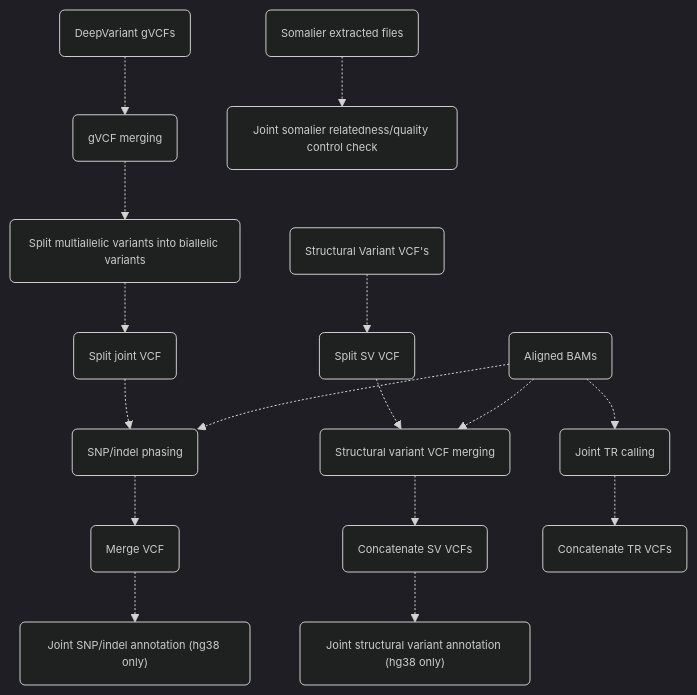
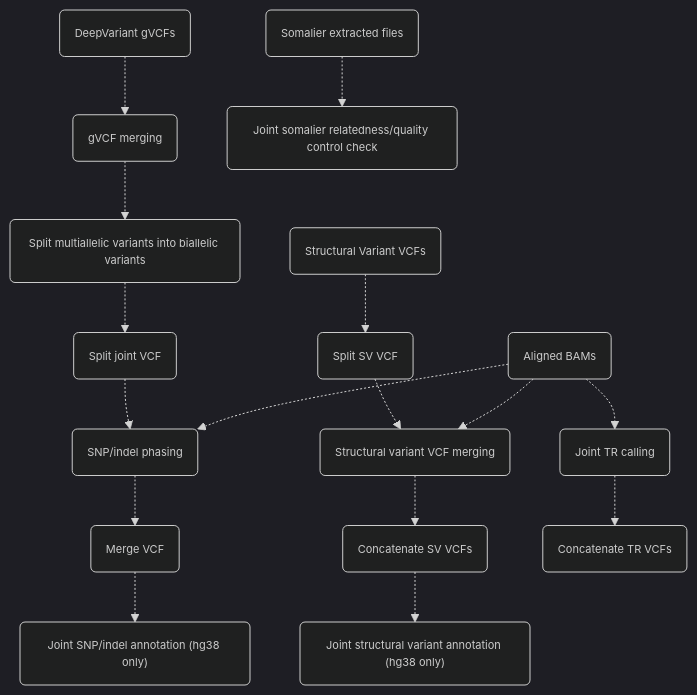
Before and after one commit to leahkemp/pipeface: the diagram in docs/popface/info.md, drawn with Mermaid. The commit also changed 8 other files, not shown here.

````diff
--- a/docs/popface/info.md
+++ b/docs/popface/info.md
@@ -5,30 +5,30 @@
 ```mermaid
 %%{init:{'theme':'dark','themeVariables':{'fontSize':'11px'}}}%%
 flowchart TB
 
 input_gvcf("DeepVariant gVCFs")
 input_bam("Aligned BAMs")
-input_svs("Structural Variant VCF's")
+input_svs("Structural Variant VCFs")
 gvcf_merging("gVCF merging")
 joint_split_multiallele("Split multiallelic variants into biallelic variants")
 split_vcf("Split joint VCF")
 snp_indel_phasing("SNP/indel phasing")
 merge_vcf("Merge VCF")
 joint_snp_indel_annotation("Joint SNP/indel annotation (hg38 only)")
 split_sv_vcf("Split SV VCF")
 sv_vcf_merging("Structural variant VCF merging")
 concat_sv_vcf("Concatenate SV VCFs")
 joint_sv_annotation("Joint structural variant annotation (hg38 only)")
 joint_tr_calling("Joint TR calling")
 concat_tr_vcf("Concatenate TR VCFs")
 input_somalier("Somalier extracted files")
 joint_somalier("Joint somalier relatedness/quality control check")
 
 input_gvcf-.->gvcf_merging-.->joint_split_multiallele-.->split_vcf-.->snp_indel_phasing-.->merge_vcf-.->joint_snp_indel_annotation
 input_bam-.->snp_indel_phasing
 input_svs-.->split_sv_vcf-.->sv_vcf_merging-.->concat_sv_vcf-.->joint_sv_annotation
 input_bam-.->sv_vcf_merging
 input_bam-.->joint_tr_calling-.->concat_tr_vcf
 input_somalier-.->joint_somalier
 
 ```
````
